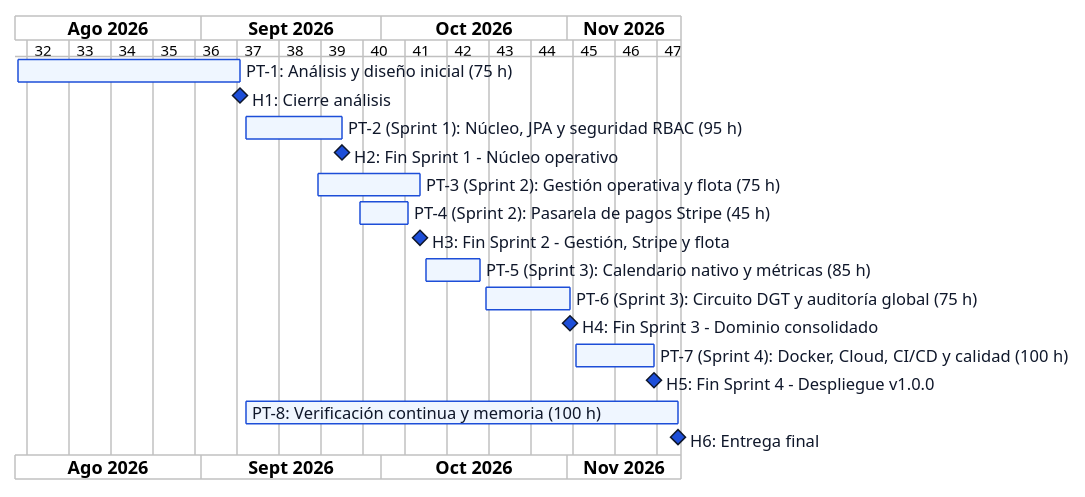
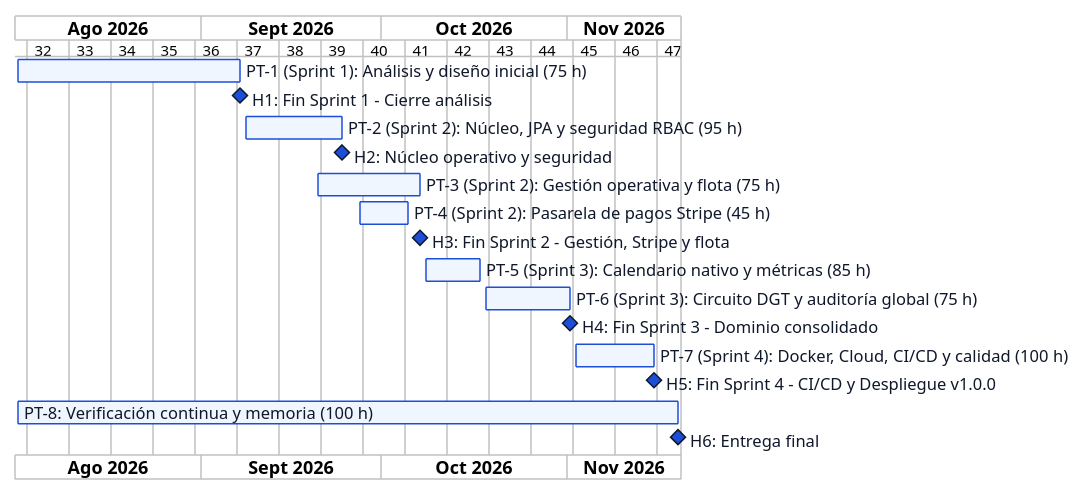
Before and after one commit to antonioabadpro/ManDS: the diagram in Diagramas/Diagrama_Gantt.puml, drawn with PlantUML.

Commit message:
fix: Arreglar Diagrama de Gantt

```diff
--- a/Diagramas/Diagrama_Gantt.puml
+++ b/Diagramas/Diagrama_Gantt.puml
@@ -1,42 +1,42 @@
-@startgantt Diagrama_Gantt_v2
+@startgantt Diagrama_Gantt_v3
 language es
 projectscale weekly
 Project starts the 2026-08-01
 
 <style>
 ganttDiagram {
   task {
     BackGroundColor #EFF6FF
     LineColor #1D4ED8
     FontColor #0F172A
     FontSize 11
   }
   milestone {
     BackGroundColor #1D4ED8
     LineColor #0F172A
     FontColor #0F172A
     FontSize 11
   }
 }
 </style>
 
-[PT-1: Análisis y diseño inicial (75 h)] as [PT1] starts 2026-08-01 and ends 2026-09-07
-[H1: Cierre análisis] happens at 2026-09-07
+[PT-1 (Sprint 1): Análisis y diseño inicial (75 h)] as [PT1] starts 2026-08-01 and ends 2026-09-07
+[H1: Fin Sprint 1 - Cierre análisis] happens at 2026-09-07
 
-[PT-2 (Sprint 1): Núcleo, JPA y seguridad RBAC (95 h)] as [PT2] starts 2026-09-08 and ends 2026-09-24
-[H2: Fin Sprint 1 - Núcleo operativo] happens at 2026-09-24
+[PT-2 (Sprint 2): Núcleo, JPA y seguridad RBAC (95 h)] as [PT2] starts 2026-09-08 and ends 2026-09-24
+[H2: Núcleo operativo y seguridad] happens at 2026-09-24
 
 [PT-3 (Sprint 2): Gestión operativa y flota (75 h)] as [PT3] starts 2026-09-20 and ends 2026-10-07
 [PT-4 (Sprint 2): Pasarela de pagos Stripe (45 h)] as [PT4] starts 2026-09-27 and ends 2026-10-05
 [H3: Fin Sprint 2 - Gestión, Stripe y flota] happens at 2026-10-07
 
 [PT-5 (Sprint 3): Calendario nativo y métricas (85 h)] as [PT5] starts 2026-10-08 and ends 2026-10-17
 [PT-6 (Sprint 3): Circuito DGT y auditoría global (75 h)] as [PT6] starts 2026-10-18 and ends 2026-11-01
 [H4: Fin Sprint 3 - Dominio consolidado] happens at 2026-11-01
 
 [PT-7 (Sprint 4): Docker, Cloud, CI/CD y calidad (100 h)] as [PT7] starts 2026-11-02 and ends 2026-11-15
-[H5: Fin Sprint 4 - Despliegue v1.0.0] happens at 2026-11-15
+[H5: Fin Sprint 4 - CI/CD y Despliegue v1.0.0] happens at 2026-11-15
 
-[PT-8: Verificación continua y memoria (100 h)] as [PT8] starts 2026-09-08 and ends 2026-11-19
+[PT-8: Verificación continua y memoria (100 h)] as [PT8] starts 2026-08-01 and ends 2026-11-19
 [H6: Entrega final] happens at 2026-11-19
 @endgantt
```
